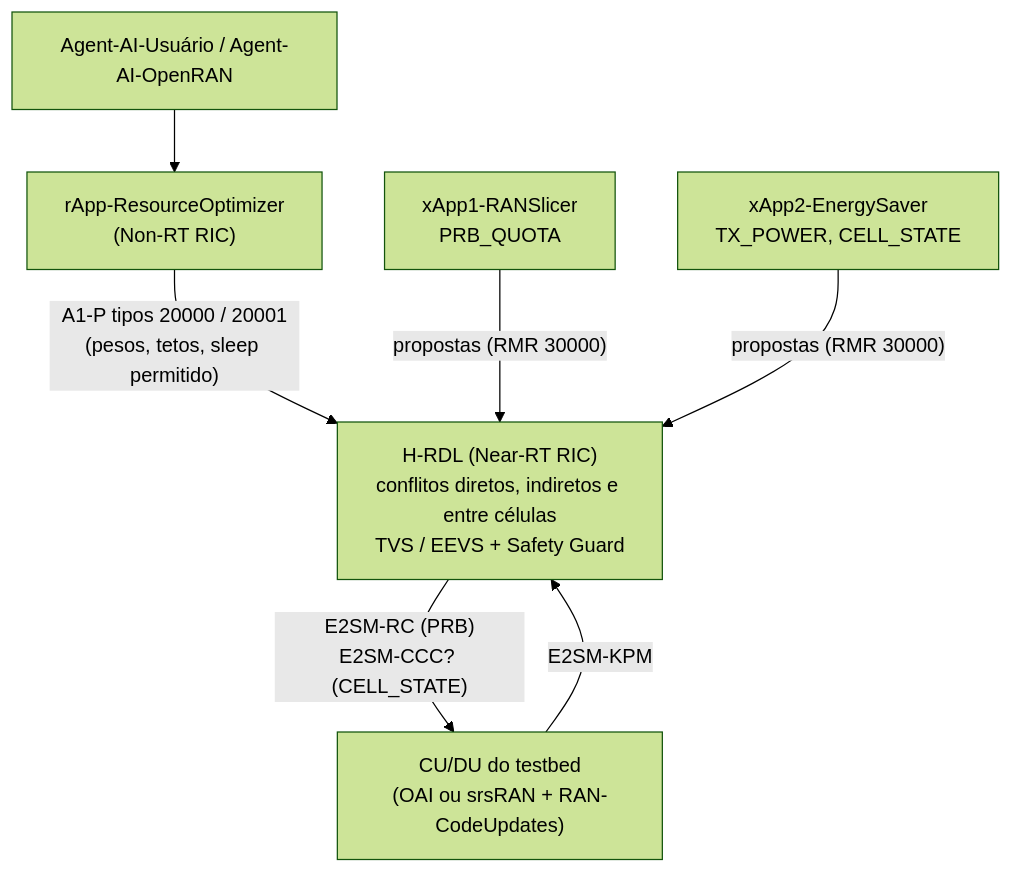
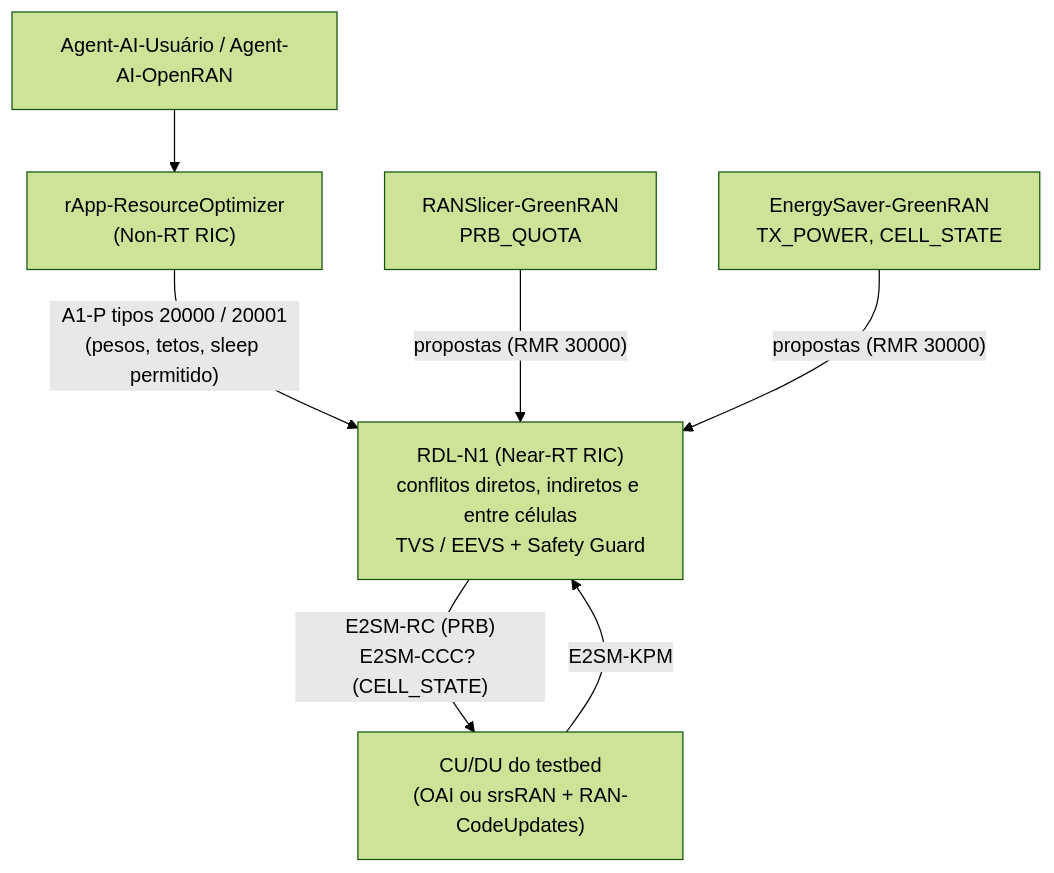
The diagram in docs/compliance/GREENRAN_UFPA_TESTBED_PROFILE.md (georgebarbosa3090/XApp-RDL-F1), drawn with Mermaid (forest theme) before and after one commit. The commit also changed other lines of this file and 111 other files, not shown here.

````diff
--- a/docs/compliance/GREENRAN_UFPA_TESTBED_PROFILE.md
+++ b/docs/compliance/GREENRAN_UFPA_TESTBED_PROFILE.md
@@ -9,9 +9,9 @@
 ```mermaid
 flowchart TD
     U["Agent-AI-Usuário / Agent-AI-OpenRAN"] --> R["rApp-ResourceOptimizer<br/>(Non-RT RIC)"]
     R -->|"A1-P tipos 20000 / 20001<br/>(pesos, tetos, sleep permitido)"| H
-    X1["xApp1-RANSlicer<br/>PRB_QUOTA"] -->|"propostas (RMR 30000)"| H
-    X2["xApp2-EnergySaver<br/>TX_POWER, CELL_STATE"] -->|"propostas (RMR 30000)"| H
-    H["H-RDL (Near-RT RIC)<br/>conflitos diretos, indiretos e entre células<br/>TVS / EEVS + Safety Guard"] -->|"E2SM-RC (PRB)<br/>E2SM-CCC? (CELL_STATE)"| N["CU/DU do testbed<br/>(OAI ou srsRAN + RAN-CodeUpdates)"]
+    X1["RANSlicer-GreenRAN<br/>PRB_QUOTA"] -->|"propostas (RMR 30000)"| H
+    X2["EnergySaver-GreenRAN<br/>TX_POWER, CELL_STATE"] -->|"propostas (RMR 30000)"| H
+    H["RDL-N1 (Near-RT RIC)<br/>conflitos diretos, indiretos e entre células<br/>TVS / EEVS + Safety Guard"] -->|"E2SM-RC (PRB)<br/>E2SM-CCC? (CELL_STATE)"| N["CU/DU do testbed<br/>(OAI ou srsRAN + RAN-CodeUpdates)"]
     N -->|E2SM-KPM| H
 ```
````
